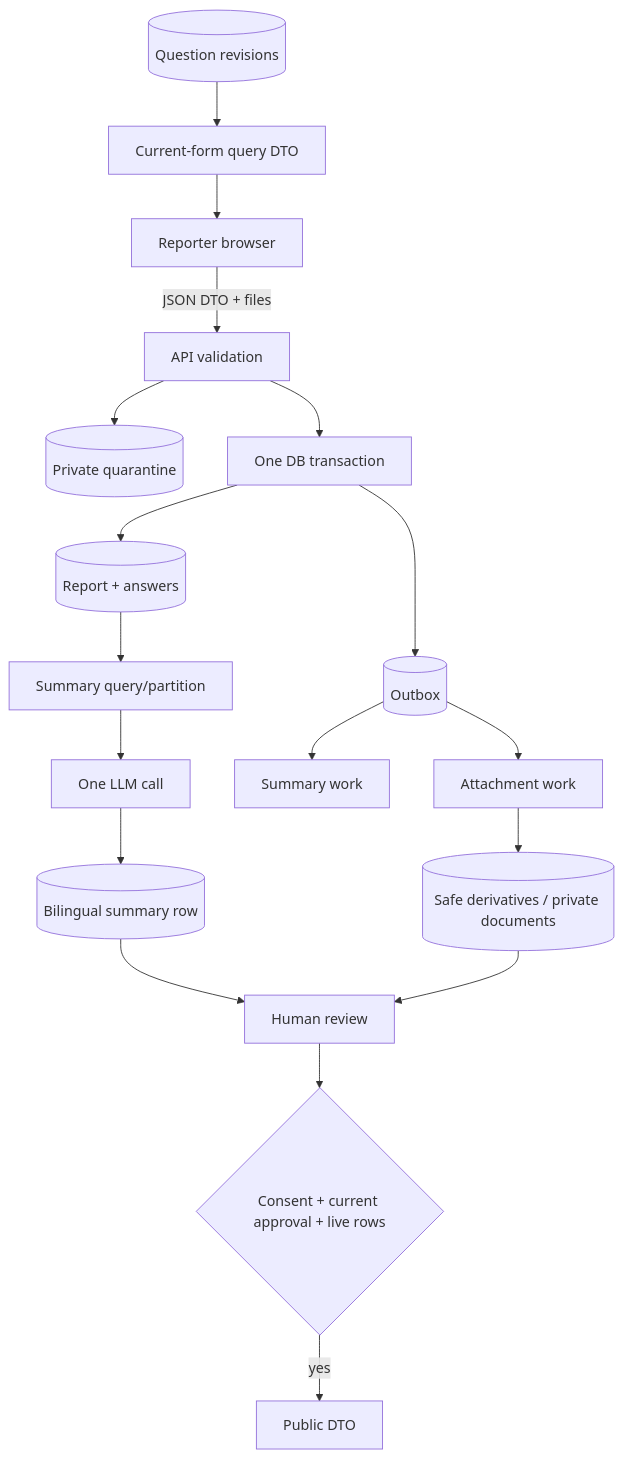
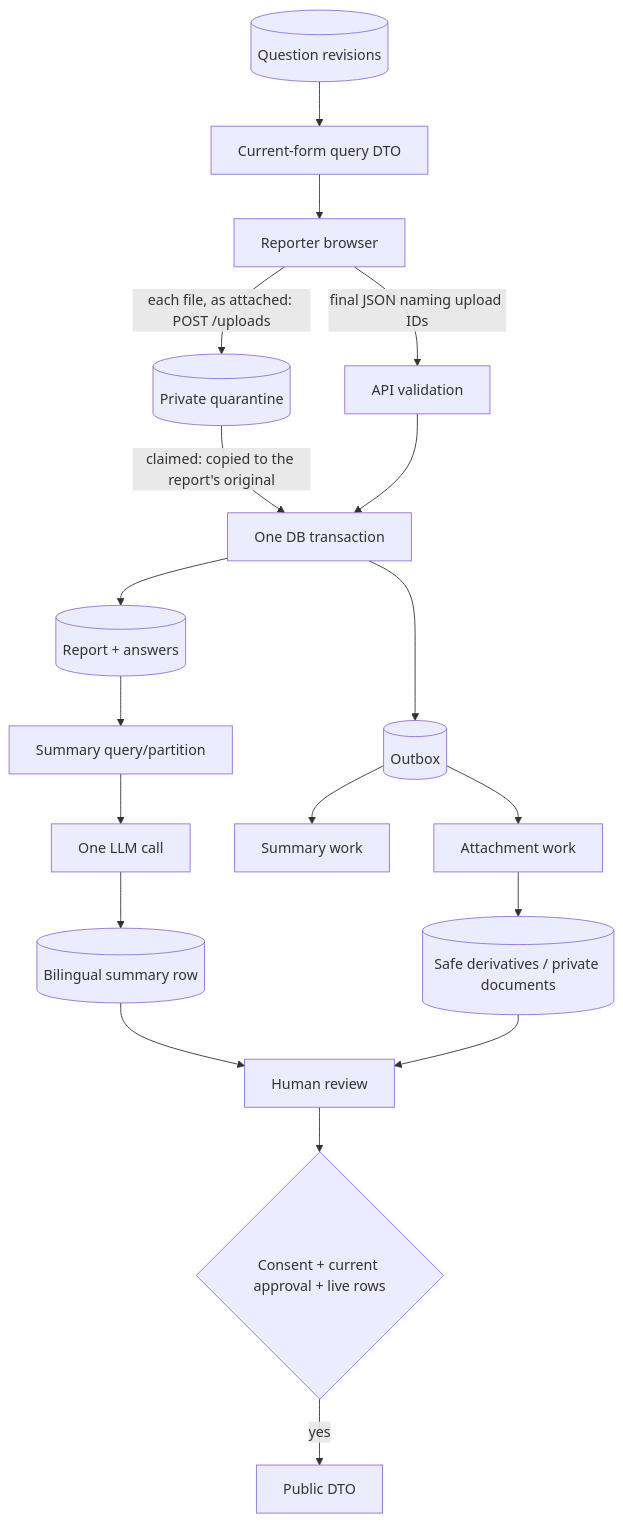
Before and after one commit to HPAC-Safety/safety-report: the diagram in docs/interfaces-and-data-flow.md, drawn with Mermaid. The commit also changed other lines of this file and 23 other files, not shown here.

````diff
--- a/docs/interfaces-and-data-flow.md
+++ b/docs/interfaces-and-data-flow.md
@@ -104,20 +110,21 @@
 ```mermaid
 flowchart TD
     qdb[(Question revisions)] --> fq[Current-form query DTO]
     fq --> browser[Reporter browser]
-    browser -->|JSON DTO + files| validate[API validation]
-    validate --> quarantine[(Private quarantine)]
+    browser -->|each file, as attached: POST /uploads| quarantine[(Private quarantine)]
+    browser -->|final JSON naming upload IDs| validate[API validation]
+    quarantine -->|claimed: copied to the report's original| tx
     validate --> tx[One DB transaction]
     tx --> reports[(Report + answers)]
     tx --> outbox[(Outbox)]
     outbox --> media[Attachment work]
     outbox --> summary[Summary work]
     media --> derivative[(Safe derivatives / private documents)]
     reports --> partition[Summary query/partition]
     partition --> model[One LLM call]
     model --> pair[(Bilingual summary row)]
     pair --> review[Human review]
     derivative --> review
     review --> gate{Consent + current approval + live rows}
     gate -->|yes| public[Public DTO]
 ```
````
